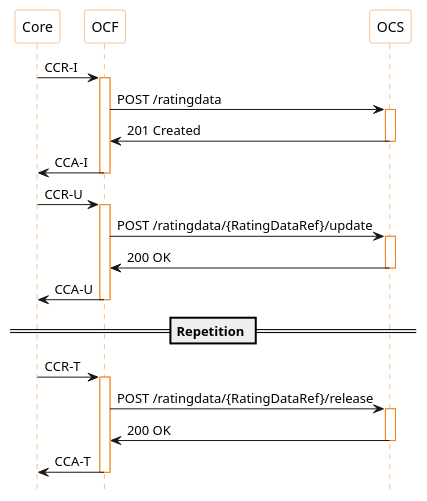
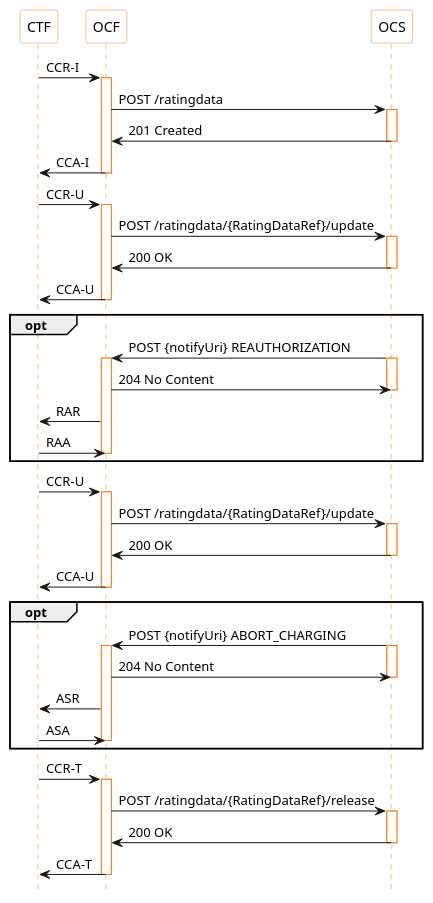
One commit to sigscale/cse changed the diagram in doc/ocf-nrf-msc.puml. Above: the diagram before and after it, drawn with PlantUML. The commit also changed 2 other files, not shown here.

Commit message:
document nrf notify and ro/gy asr and rar

```diff
--- a/doc/ocf-nrf-msc.puml
+++ b/doc/ocf-nrf-msc.puml
@@ -1,45 +1,74 @@
 @startuml
 
 skinparam shadowing false
 skinparam sequence {
 ParticipantBorderColor #f57f17
 ParticipantBackgroundColor white
 LifeLineBorderColor #f57f17
 LifeLineBackgroundColor white
 }
-participant Core as core
+participant CTF as ctf
 participant OCF as ocf
 participant OCS as ocs
 hide footbox
 
-core -> ocf : CCR-I
+ctf -> ocf : CCR-I
 activate ocf
 ocf -> ocs : POST /ratingdata
 activate ocs
 ocf <- ocs : 201 Created
 deactivate ocs
-core <- ocf : CCA-I
+ctf <- ocf : CCA-I
 deactivate ocf
 
-core -> ocf : CCR-U
+ctf -> ocf : CCR-U
 activate ocf
 ocf -> ocs : POST /ratingdata/{RatingDataRef}/update
 activate ocs
 ocf <- ocs : 200 OK
 deactivate ocs
-core <- ocf : CCA-U
+ctf <- ocf : CCA-U
 deactivate ocf
 
-== Repetition ==
+opt
+ocf <- ocs : POST {notifyUri} REAUTHORIZATION
+activate ocs
+activate ocf
+ocf -> ocs : 204 No Content
+deactivate ocs
+ctf <- ocf : RAR
+ctf -> ocf : RAA
+deactivate ocf
+end
 
-core -> ocf : CCR-T
+ctf -> ocf : CCR-U
+activate ocf
+ocf -> ocs : POST /ratingdata/{RatingDataRef}/update
+activate ocs
+ocf <- ocs : 200 OK
+deactivate ocs
+ctf <- ocf : CCA-U
+deactivate ocf
+
+opt
+ocf <- ocs : POST {notifyUri} ABORT_CHARGING
+activate ocs
+activate ocf
+ocf -> ocs : 204 No Content
+deactivate ocs
+ctf <- ocf : ASR
+ctf -> ocf : ASA
+deactivate ocf
+end
+
+ctf -> ocf : CCR-T
 activate ocf
 ocf -> ocs : POST /ratingdata/{RatingDataRef}/release
 activate ocs
 ocf <- ocs : 200 OK
 deactivate ocs
-core <- ocf : CCA-T
+ctf <- ocf : CCA-T
 deactivate ocf
 
 
 @enduml
```
